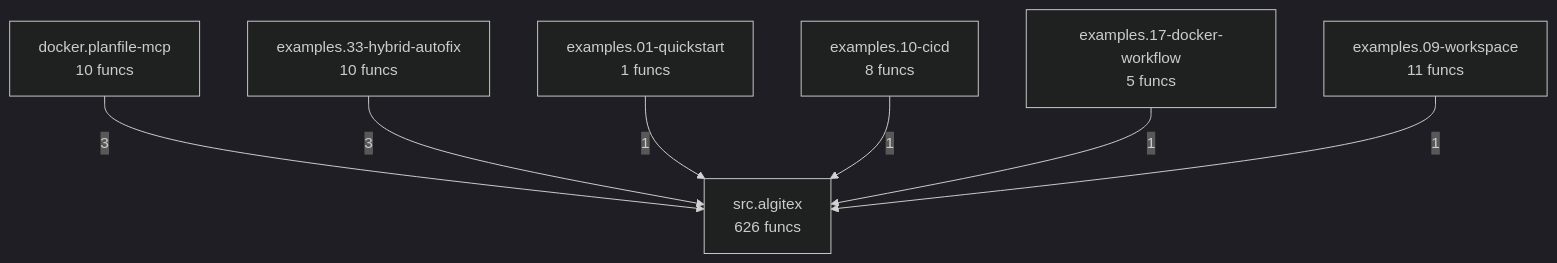
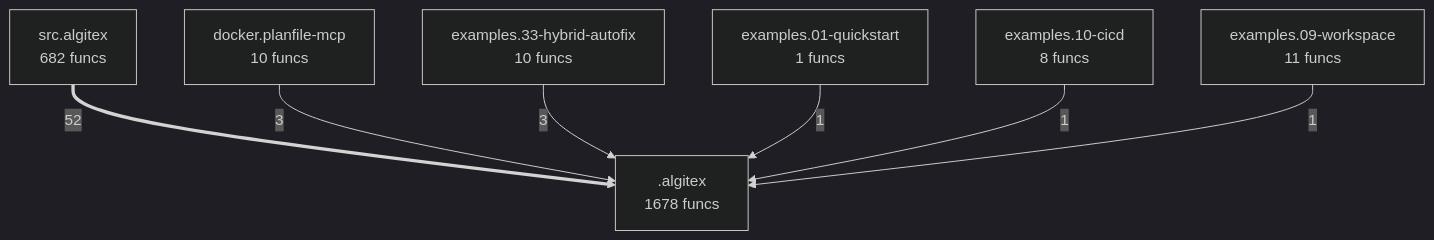
One commit to semcod/algitex changed the diagram in project/compact_flow.mmd. Above: the diagram before and after it, drawn with Mermaid (dark theme). The commit also changed 33 other files, not shown here.

```diff
--- a/project/compact_flow.mmd
+++ b/project/compact_flow.mmd
@@ -1,14 +1,14 @@
 flowchart TD
+    M___algitex[".algitex<br/>1678 funcs"]
     docker__planfile_mcp["docker.planfile-mcp<br/>10 funcs"]
     examples__01_quickstart["examples.01-quickstart<br/>1 funcs"]
     examples__09_workspace["examples.09-workspace<br/>11 funcs"]
     examples__10_cicd["examples.10-cicd<br/>8 funcs"]
-    examples__17_docker_workflow["examples.17-docker-workflow<br/>5 funcs"]
     examples__33_hybrid_autofix["examples.33-hybrid-autofix<br/>10 funcs"]
-    src__algitex["src.algitex<br/>626 funcs"]
-    docker__planfile_mcp -->|3| src__algitex
-    examples__33_hybrid_autofix -->|3| src__algitex
-    examples__01_quickstart -->|1| src__algitex
-    examples__10_cicd -->|1| src__algitex
-    examples__17_docker_workflow -->|1| src__algitex
-    examples__09_workspace -->|1| src__algitex
+    src__algitex["src.algitex<br/>682 funcs"]
+    src__algitex ==>|52| M___algitex
+    docker__planfile_mcp -->|3| M___algitex
+    examples__33_hybrid_autofix -->|3| M___algitex
+    examples__01_quickstart -->|1| M___algitex
+    examples__10_cicd -->|1| M___algitex
+    examples__09_workspace -->|1| M___algitex
```
